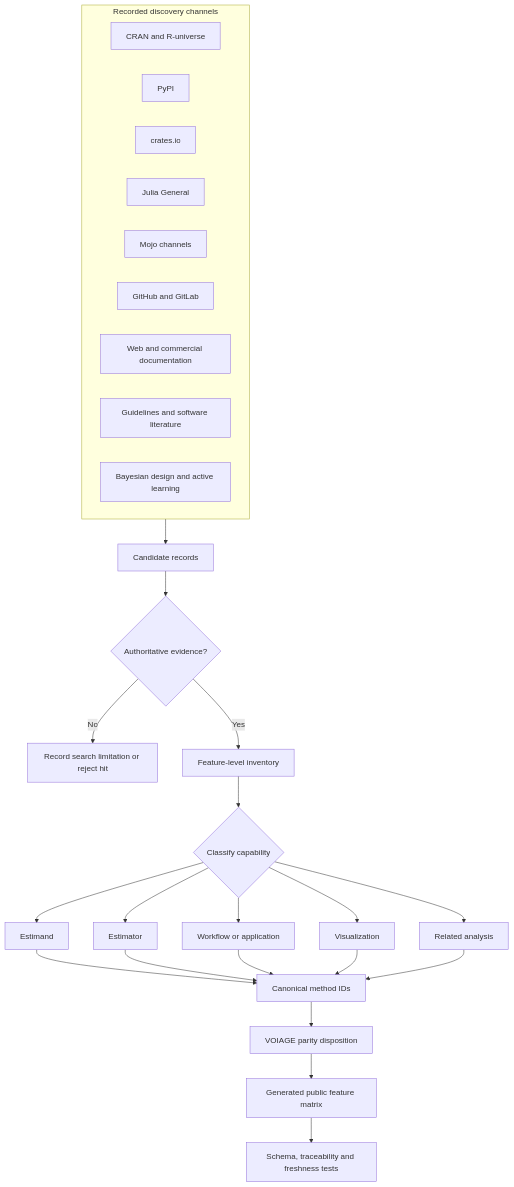
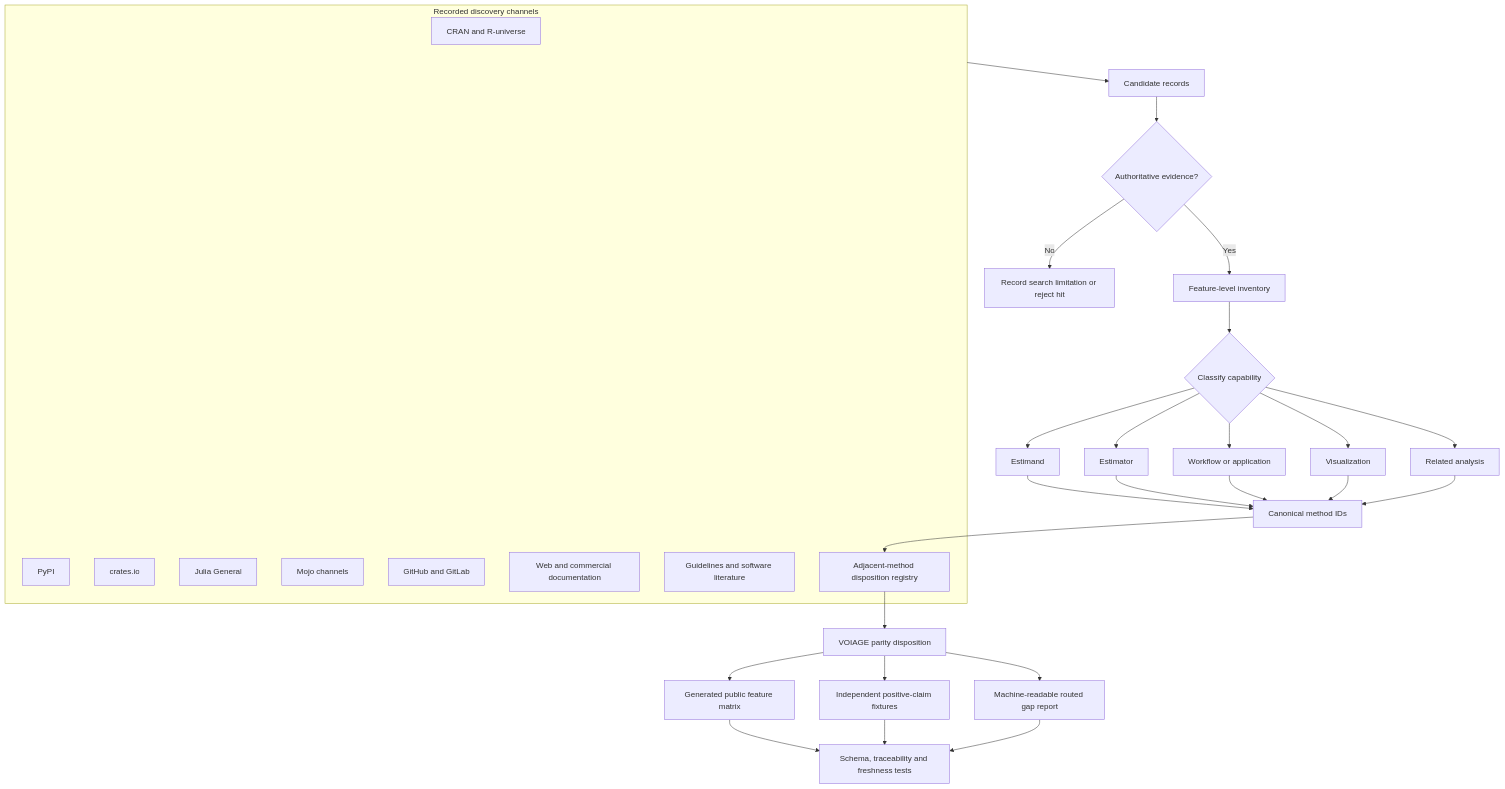
One commit to edithatogo/voiage changed the second of 12 diagrams in conductor/design.md. Above: the diagram before and after it, drawn with Mermaid. The commit also changed other lines of this file and 25 other files, not shown here.

Commit message:
feat(census): strengthen VOI method and parity evidence

````diff
--- a/conductor/design.md
+++ b/conductor/design.md
@@ -31,33 +31,38 @@
 ```mermaid
 flowchart TD
     subgraph Discovery["Recorded discovery channels"]
         CRAN[CRAN and R-universe]
         PyPI[PyPI]
         Rust[crates.io]
         Julia[Julia General]
         Mojo[Mojo channels]
         Git[GitHub and GitLab]
         Web[Web and commercial documentation]
         Papers[Guidelines and software literature]
         Adjacent[Bayesian design and active learning]
     end
 
     Discovery --> Candidates[Candidate records]
     Candidates --> Evidence{Authoritative evidence?}
     Evidence -- No --> Reject[Record search limitation or reject hit]
     Evidence -- Yes --> Features[Feature-level inventory]
     Features --> Classify{Classify capability}
     Classify --> Estimand[Estimand]
     Classify --> Estimator[Estimator]
     Classify --> Workflow[Workflow or application]
     Classify --> Visual[Visualization]
     Classify --> Related[Related analysis]
     Estimand --> Methods[Canonical method IDs]
     Estimator --> Methods
     Workflow --> Methods
     Visual --> Methods
     Related --> Methods
-    Methods --> Disposition[VOIAGE parity disposition]
+    Methods --> Adjacent[Adjacent-method disposition registry]
+    Adjacent --> Disposition[VOIAGE parity disposition]
     Disposition --> Matrix[Generated public feature matrix]
+    Disposition --> Fixtures[Independent positive-claim fixtures]
+    Disposition --> Gaps[Machine-readable routed gap report]
     Matrix --> Tests[Schema, traceability and freshness tests]
+    Fixtures --> Tests
+    Gaps --> Tests
 ```
````
